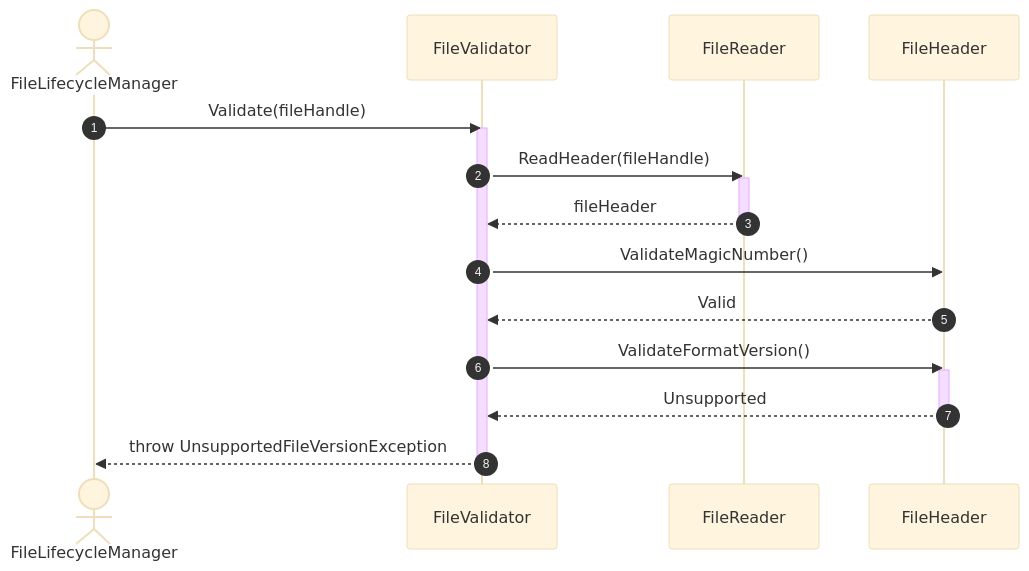
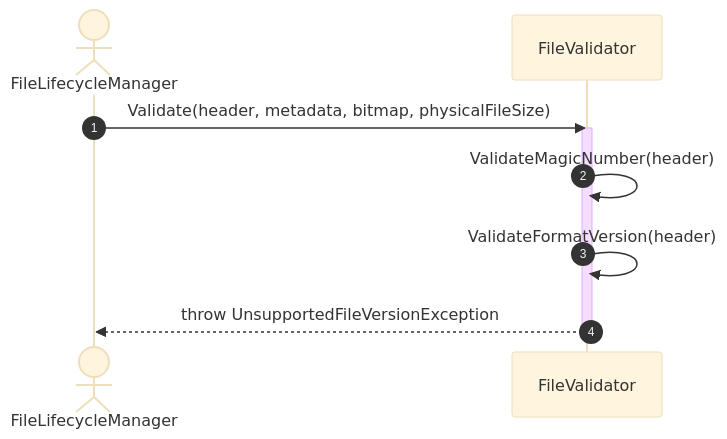
Before and after one commit to manaxpow/DBMS: the third of 4 diagrams in docs/diagrams/sequence-diagrams/storage-engine/file-management/file-lifecycle/validate-file.md, drawn with Mermaid (base theme). The commit also changed other lines of this file and 35 other files, not shown here.

````diff
--- a/docs/diagrams/sequence-diagrams/storage-engine/file-management/file-lifecycle/validate-file.md
+++ b/docs/diagrams/sequence-diagrams/storage-engine/file-management/file-lifecycle/validate-file.md
@@ -102,28 +66,16 @@
 ```mermaid
 sequenceDiagram
     autonumber
 
     actor FLM as FileLifecycleManager
     participant FV as FileValidator
-    participant FR as FileReader
-    participant H as FileHeader
 
-    FLM->>FV: Validate(fileHandle)
+    FLM->>FV: Validate(header, metadata, bitmap, physicalFileSize)
     activate FV
 
-    FV->>FR: ReadHeader(fileHandle)
-    activate FR
-    FR-->>FV: fileHeader
-    deactivate FR
-
-    FV->>H: ValidateMagicNumber()
-    H-->>FV: Valid
-
-    FV->>H: ValidateFormatVersion()
-    activate H
-    H-->>FV: Unsupported
-    deactivate H
+    FV->>FV: ValidateMagicNumber(header)
+    FV->>FV: ValidateFormatVersion(header)
 
     FV-->>FLM: throw UnsupportedFileVersionException
     deactivate FV
 ```
````
